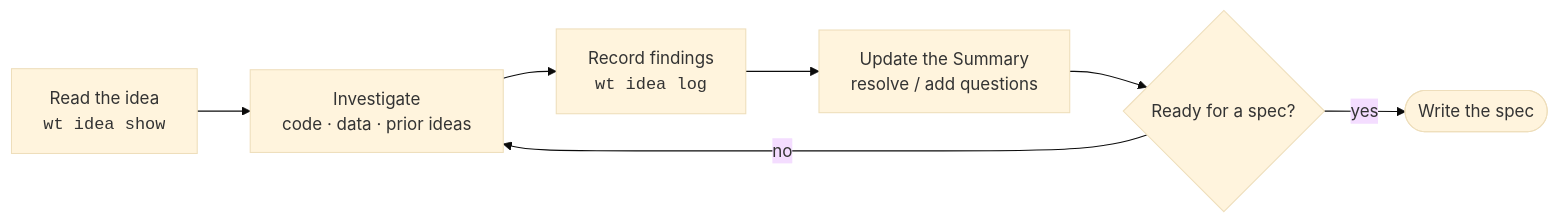
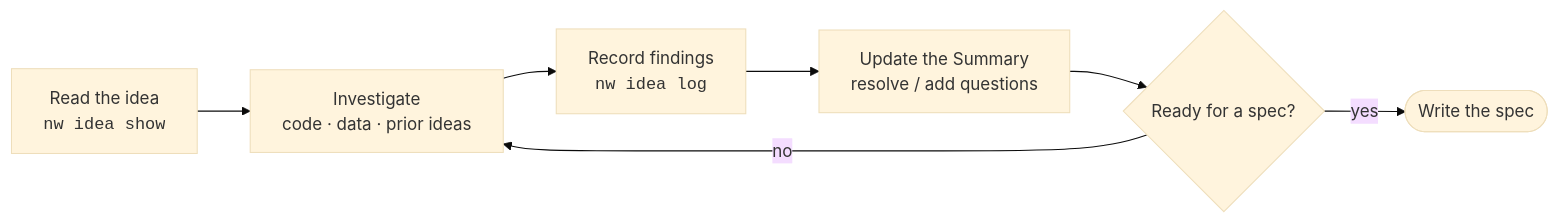
Before and after one commit to brunosmmm/nightwright: the second of 2 diagrams in docs/product/ideas/explore.md, drawn with Mermaid (base theme). The commit also changed other lines of this file and 495 other files, not shown here.

````diff
--- a/docs/product/ideas/explore.md
+++ b/docs/product/ideas/explore.md
@@ -35,9 +35,9 @@
 ```mermaid
 flowchart LR
-    A["Read the idea<br/><code>wt idea show</code>"] --> B["Investigate<br/>code · data · prior ideas"]
-    B --> C["Record findings<br/><code>wt idea log</code>"]
+    A["Read the idea<br/><code>nw idea show</code>"] --> B["Investigate<br/>code · data · prior ideas"]
+    B --> C["Record findings<br/><code>nw idea log</code>"]
     C --> D["Update the Summary<br/>resolve / add questions"]
     D --> E{"Ready for a spec?"}
     E -- no --> B
     E -- yes --> F(["Write the spec"])
 ```
````
